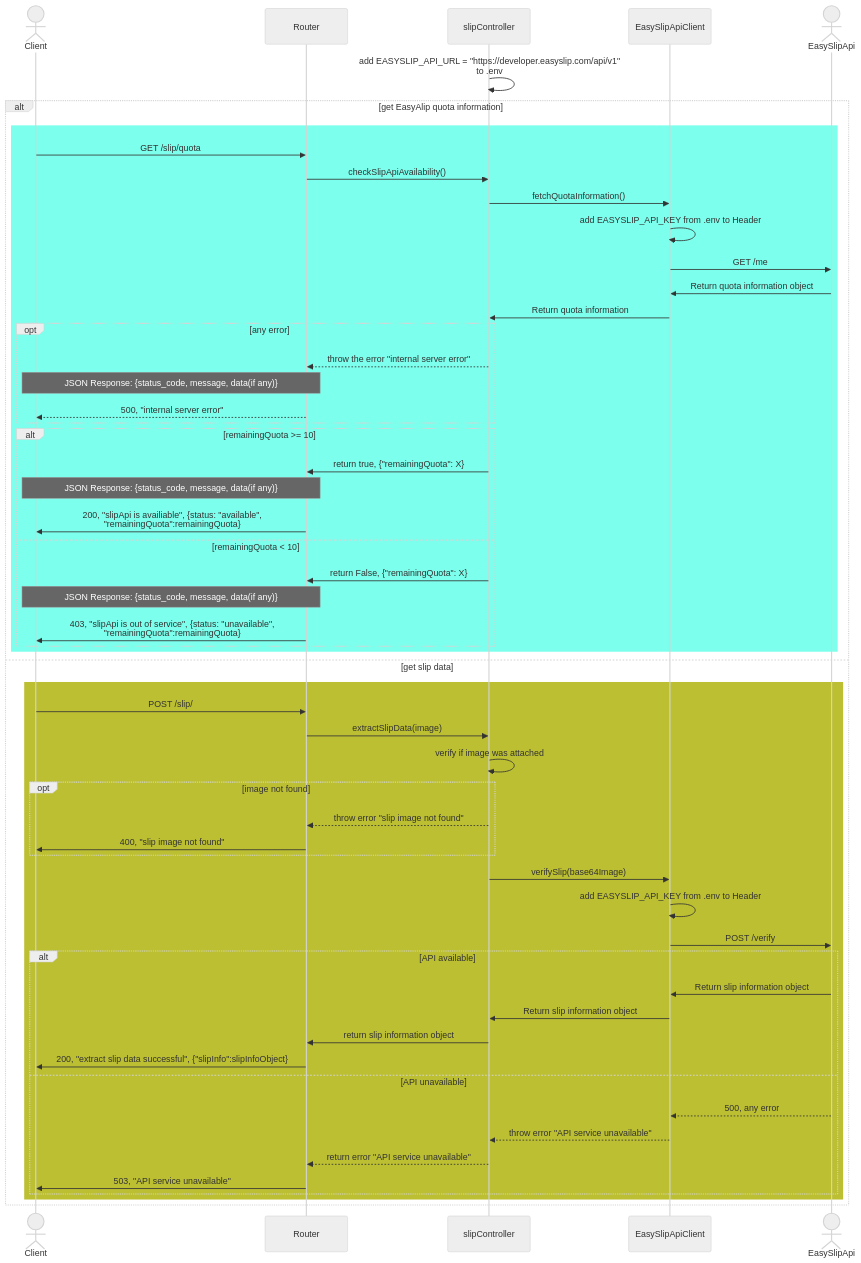
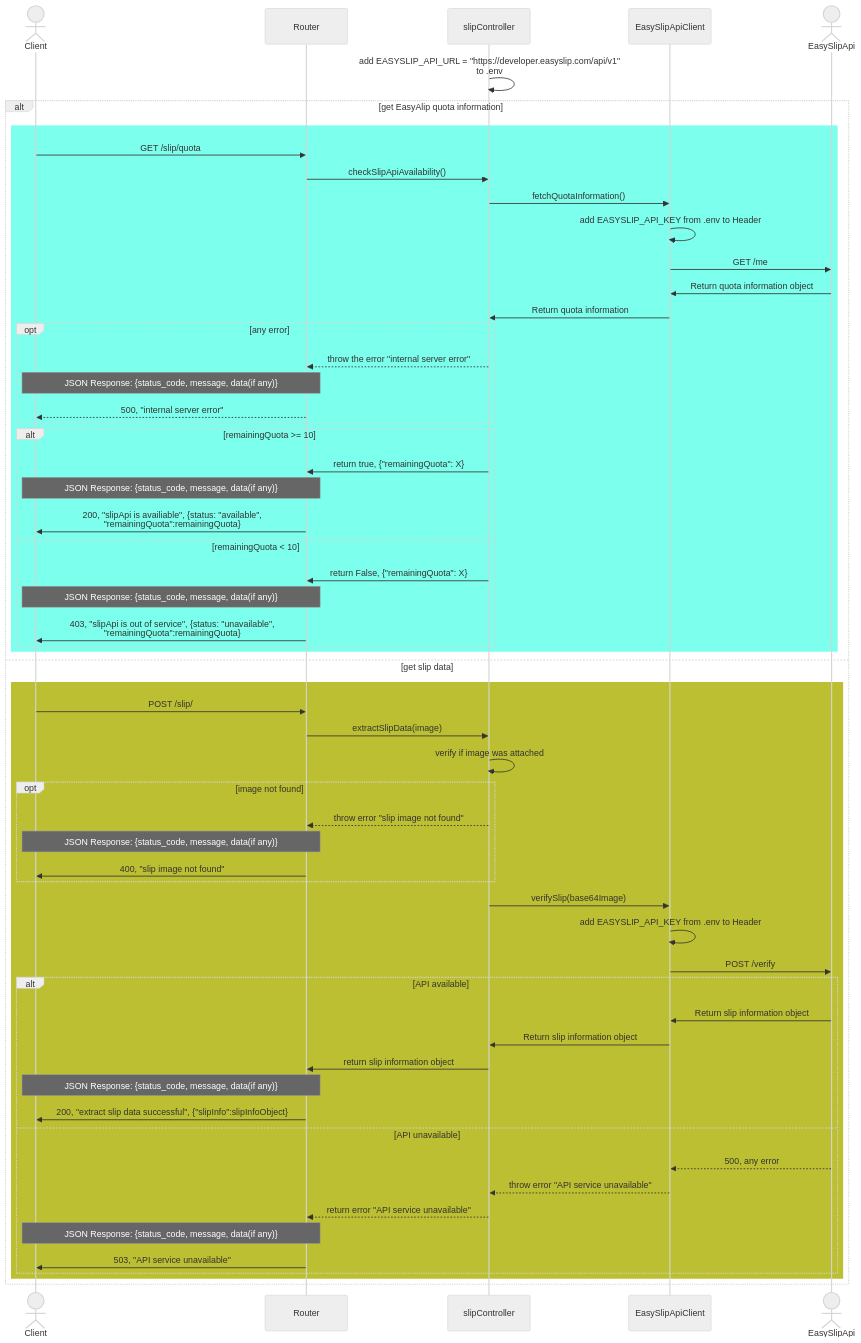
Before and after one commit to SawatKia/WealthTracking: the diagram in design/api/EasySlip.mmd, drawn with Mermaid (neutral theme).

Commit message:
add Note when return response to Client

```diff
--- a/design/api/EasySlip.mmd
+++ b/design/api/EasySlip.mmd
@@ -1,58 +1,61 @@
 sequenceDiagram
     Actor Client
     participant Router
     participant Cont as slipController
     participant ApiClient as EasySlipApiClient
     Actor Api as EasySlipApi
 
     Cont->>Cont: add EASYSLIP_API_URL = "https://developer.easyslip.com/api/v1"<br>to .env
     alt get EasyAlip quota information
         rect rgb(124,255,236)
         Client->>Router: GET /slip/quota
         Router->>Cont: checkSlipApiAvailability()
         Cont->>ApiClient: fetchQuotaInformation()
         ApiClient->>ApiClient: add EASYSLIP_API_KEY from .env to Header
         ApiClient->>Api: GET /me
         Api->>ApiClient: Return quota information object
         ApiClient->>Cont: Return quota information
             opt any error
                 Cont-->>Router: throw the error "internal server error"
                 Note over Router,Client: JSON Response: {status_code, message, data(if any)}
                 Router-->>Client: 500, "internal server error"
             end
             alt remainingQuota >= 10
                 Cont->>Router: return true, {"remainingQuota": X}
                 Note over Router,Client: JSON Response: {status_code, message, data(if any)}
                 Router->>Client: 200, "slipApi is availiable", {status: "available",<br>"remainingQuota":remainingQuota} 
             else remainingQuota < 10
                 Cont->>Router: return False, {"remainingQuota": X}
                 Note over Router,Client: JSON Response: {status_code, message, data(if any)}
                 Router->>Client: 403, "slipApi is out of service", {status: "unavailable",<br>"remainingQuota":remainingQuota}
             end
 
         end
     else get slip data
         rect rgb(188,191,50)
             Client->>Router: POST /slip/
             Router->>Cont: extractSlipData(image)
             Cont->>Cont: verify if image was attached
             opt image not found
                 Cont-->>Router: throw error "slip image not found"
+                Note over Router,Client: JSON Response: {status_code, message, data(if any)}
                 Router->>Client: 400, "slip image not found"
             end
             Cont->>ApiClient: verifySlip(base64Image)
             ApiClient->>ApiClient: add EASYSLIP_API_KEY from .env to Header
             ApiClient->>Api: POST /verify
             alt API available
                 Api->>ApiClient: Return slip information object
                 ApiClient->>Cont: Return slip information object
                 Cont->>Router: return slip information object
+                Note over Router,Client: JSON Response: {status_code, message, data(if any)}
                 Router->>Client: 200, "extract slip data successful", {"slipInfo":slipInfoObject}
             else API unavailable
                 Api-->>ApiClient: 500, any error
                 ApiClient-->>Cont: throw error "API service unavailable"
                 Cont-->>Router: return error "API service unavailable"
+                Note over Router,Client: JSON Response: {status_code, message, data(if any)}
                 Router->>Client: 503, "API service unavailable"
             end
         end
     end
```
